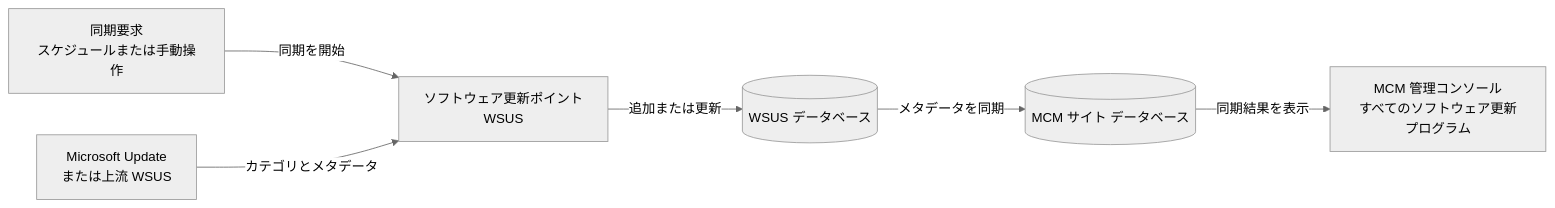
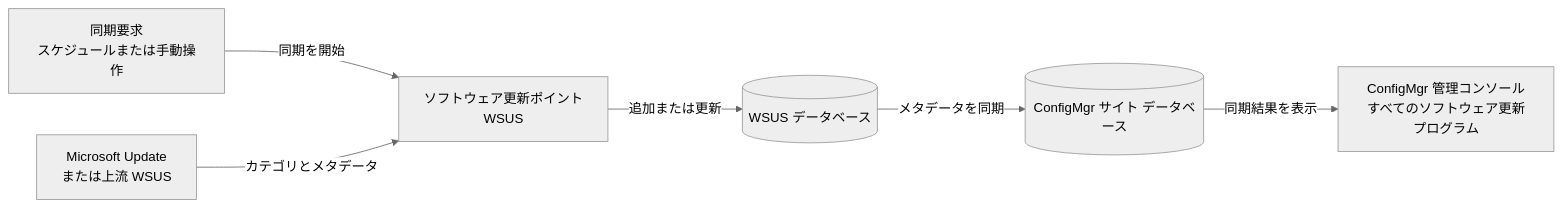
Before and after one commit to jpmem/blog: the diagram in articles/mecm/20260812_01.md, drawn with Mermaid (neutral theme). The commit also changed other lines of this file and 2 other files, not shown here.

Commit message:
Modified from MCM to ConfigMgr

````diff
--- a/articles/mecm/20260812_01.md
+++ b/articles/mecm/20260812_01.md
@@ -30,15 +30,15 @@
 ```mermaid
 flowchart LR
 A[同期要求<br/>スケジュールまたは手動操作]
 B[Microsoft Update<br/>または上流 WSUS]
 C[ソフトウェア更新ポイント<br/>WSUS]
 D[(WSUS データベース)]
-E[(MCM サイト データベース)]
-F[MCM 管理コンソール<br/>すべてのソフトウェア更新プログラム]
+E[(ConfigMgr サイト データベース)]
+F[ConfigMgr 管理コンソール<br/>すべてのソフトウェア更新プログラム]
 
 A -->|同期を開始| C
 B -->|カテゴリとメタデータ| C
 C -->|追加または更新| D
 D -->|メタデータを同期| E
 E -->|同期結果を表示| F
 ```
````
